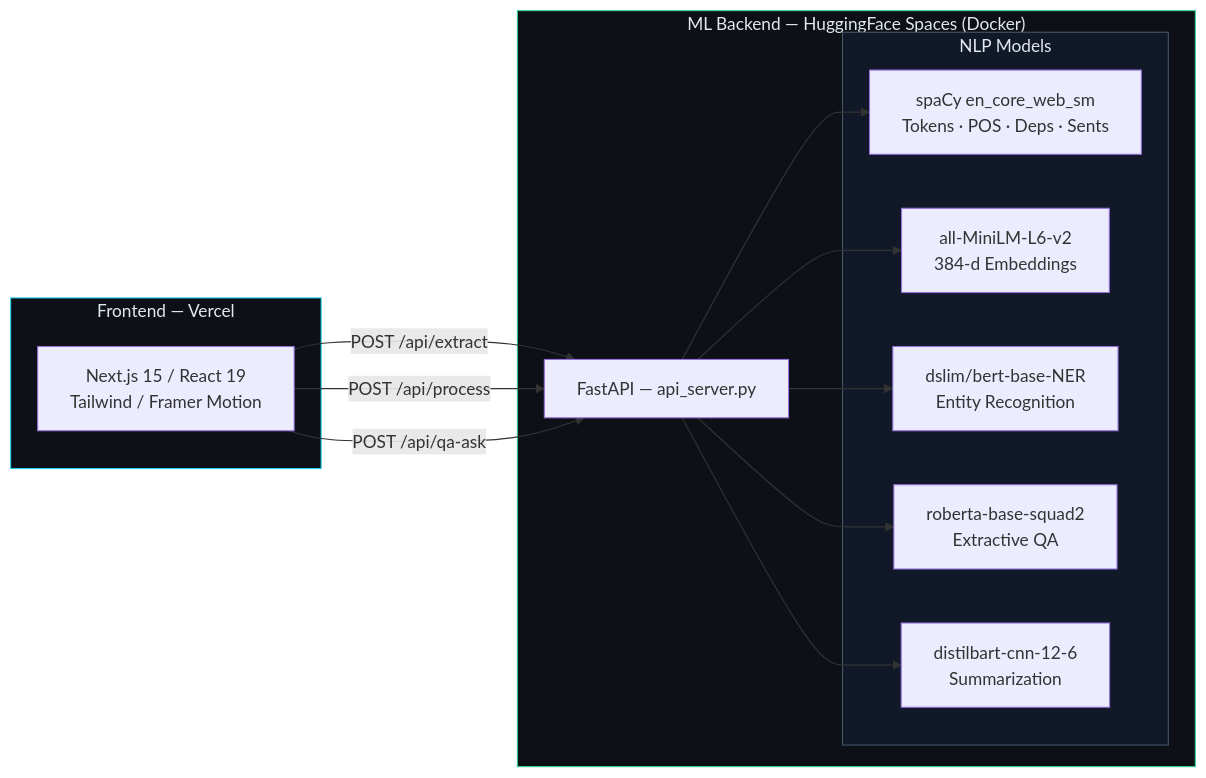
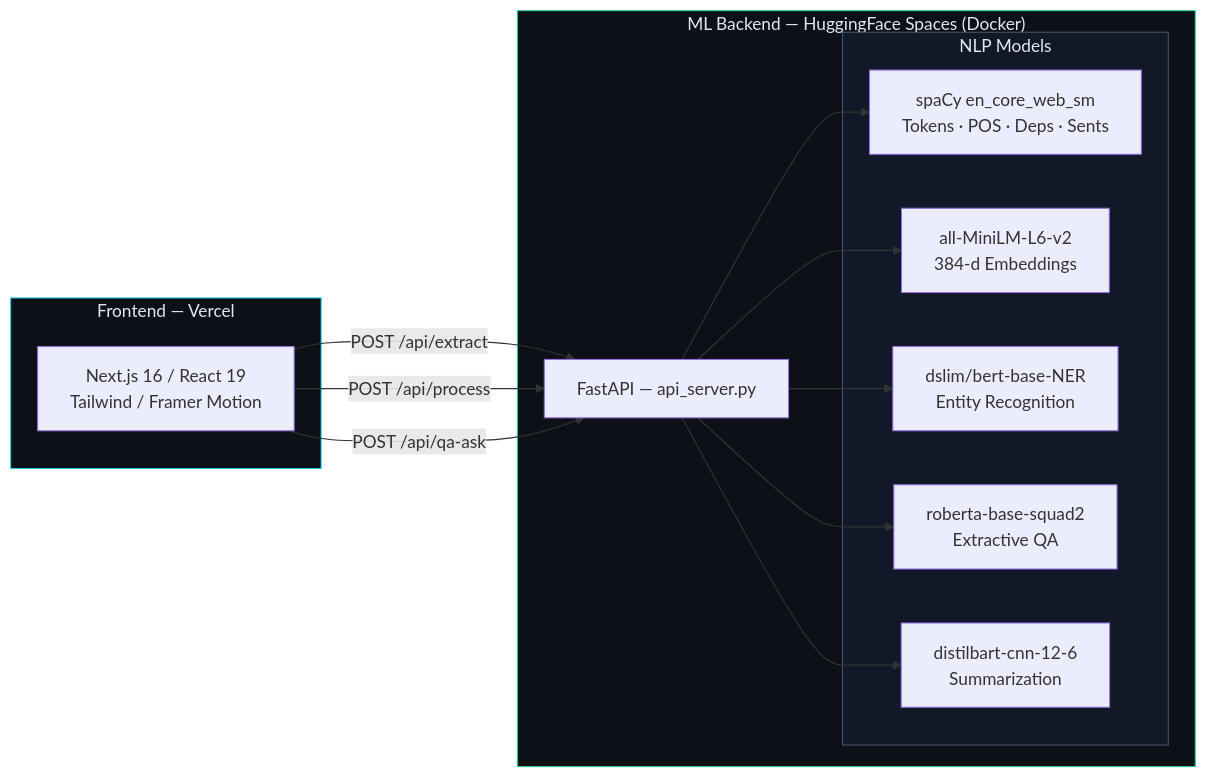
Before and after one commit to MKD2004/CADIS: the diagram in README.md, drawn with Mermaid. The commit also changed other lines of this file and 1 other file, not shown here.

````diff
--- a/README.md
+++ b/README.md
@@ -18,30 +18,30 @@
 ```mermaid
 flowchart LR
     subgraph Client ["Frontend — Vercel"]
-        UI["Next.js 15 / React 19<br/>Tailwind / Framer Motion"]
+        UI["Next.js 16 / React 19<br/>Tailwind / Framer Motion"]
     end
 
     subgraph ML ["ML Backend — HuggingFace Spaces (Docker)"]
         API["FastAPI — api_server.py"]
         subgraph Models ["NLP Models"]
             SPACY["spaCy en_core_web_sm<br/>Tokens · POS · Deps · Sents"]
             MiniLM["all-MiniLM-L6-v2<br/>384-d Embeddings"]
             BERT["dslim/bert-base-NER<br/>Entity Recognition"]
             RoBERTa["roberta-base-squad2<br/>Extractive QA"]
             BART["distilbart-cnn-12-6<br/>Summarization"]
         end
     end
 
     UI -- "POST /api/extract" --> API
     UI -- "POST /api/process" --> API
     UI -- "POST /api/qa-ask" --> API
     API --> SPACY
     API --> MiniLM
     API --> BERT
     API --> RoBERTa
     API --> BART
 
     style Client fill:#0d1117,stroke:#22d3ee,color:#e2e8f0
     style ML fill:#0d1117,stroke:#34d399,color:#e2e8f0
     style Models fill:#111827,stroke:#475569,color:#e2e8f0
 ```
````
